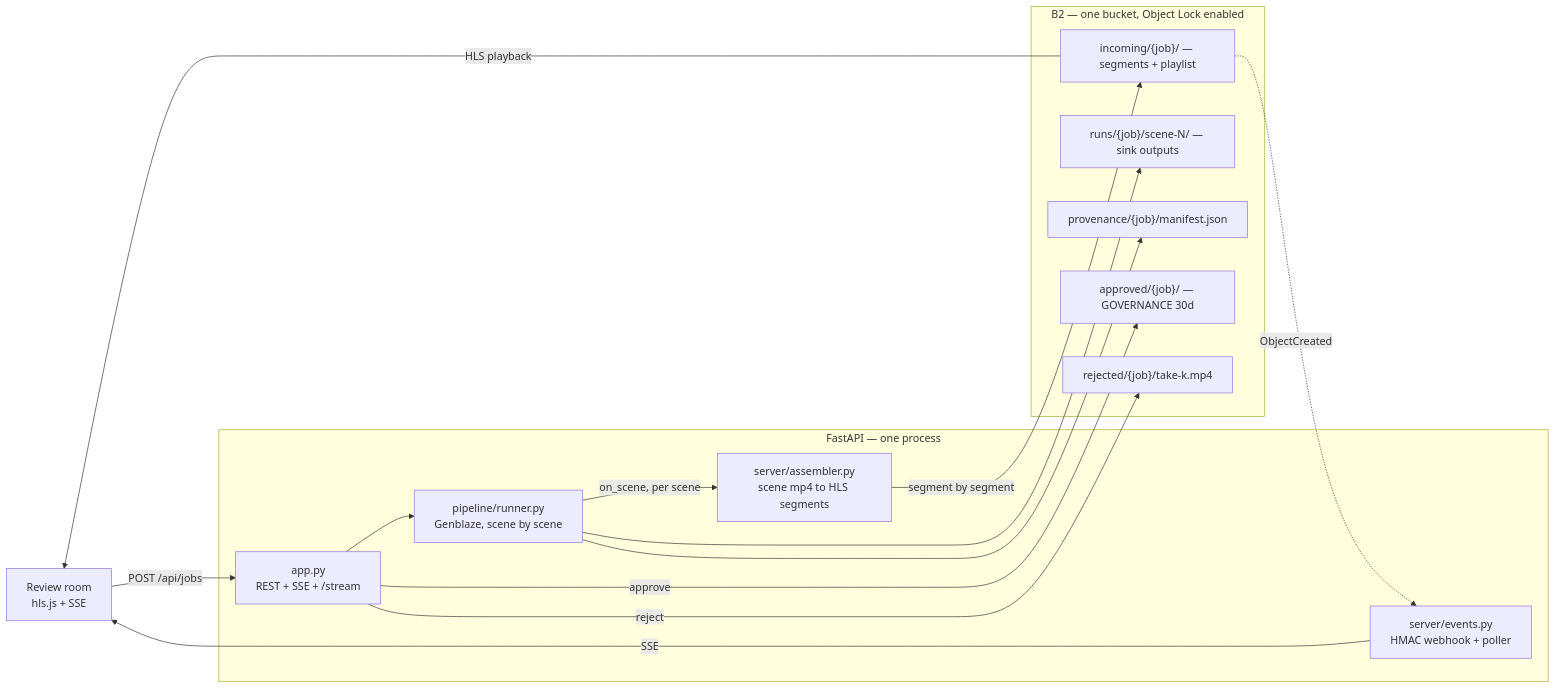
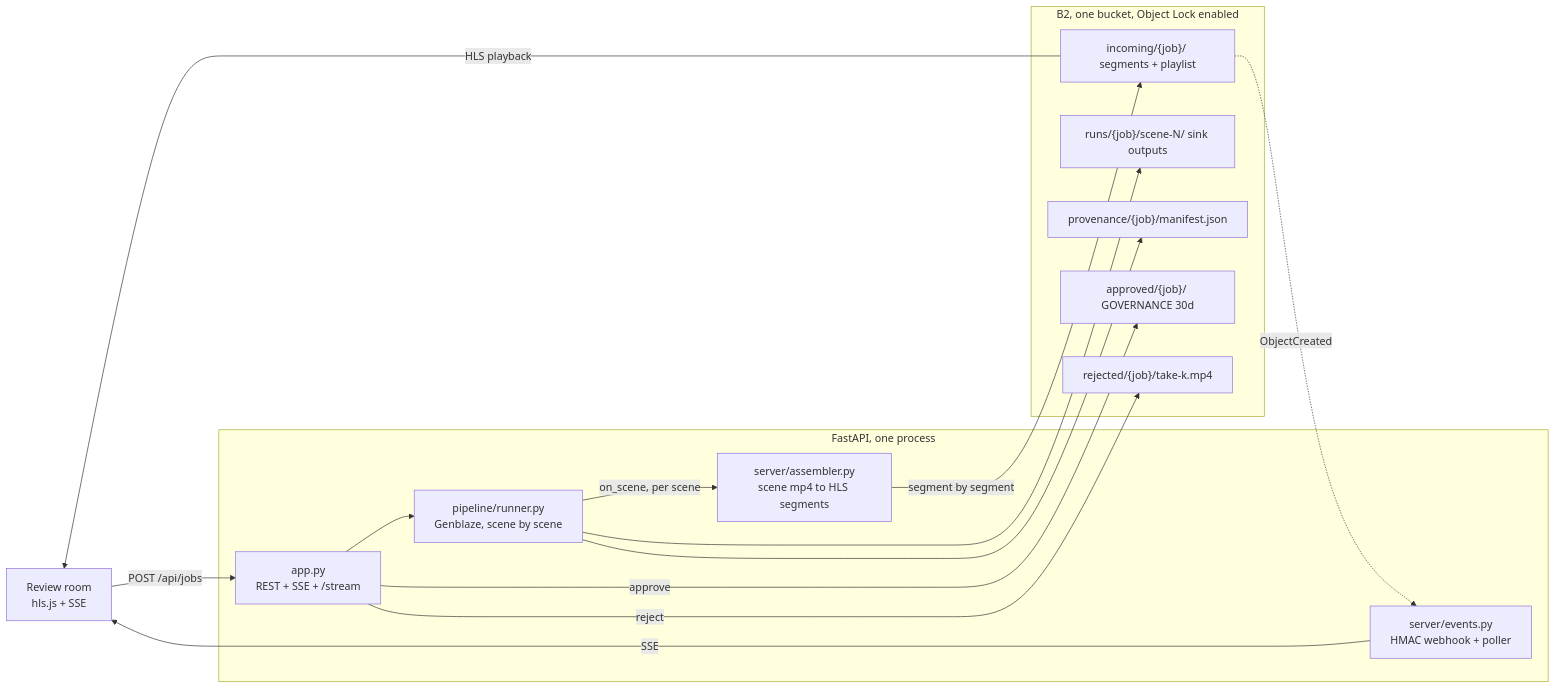
The diagram in README.md (migarci2/firstframe), drawn with Mermaid before and after one commit. The commit also changed other lines of this file and 29 other files, not shown here.

````diff
--- a/README.md
+++ b/README.md
@@ -57,28 +127,28 @@
 ```mermaid
 flowchart LR
     UI["Review room<br/>hls.js + SSE"]
 
-    subgraph Server["FastAPI — one process"]
+    subgraph Server["FastAPI, one process"]
         API["app.py<br/>REST + SSE + /stream"]
         RUN["pipeline/runner.py<br/>Genblaze, scene by scene"]
         ASM["server/assembler.py<br/>scene mp4 to HLS segments"]
         EV["server/events.py<br/>HMAC webhook + poller"]
     end
 
-    subgraph B2["B2 — one bucket, Object Lock enabled"]
-        INC["incoming/{job}/ — segments + playlist"]
-        RUNS["runs/{job}/scene-N/ — sink outputs"]
+    subgraph B2["B2, one bucket, Object Lock enabled"]
+        INC["incoming/{job}/ segments + playlist"]
+        RUNS["runs/{job}/scene-N/ sink outputs"]
         PROV["provenance/{job}/manifest.json"]
-        APP["approved/{job}/ — GOVERNANCE 30d"]
+        APP["approved/{job}/ GOVERNANCE 30d"]
         REJ["rejected/{job}/take-k.mp4"]
     end
 
     UI -->|POST /api/jobs| API --> RUN
     RUN -->|on_scene, per scene| ASM -->|segment by segment| INC
     RUN --> RUNS
     RUN --> PROV
     API -->|approve| APP
     API -->|reject| REJ
     INC -.->|ObjectCreated| EV -->|SSE| UI
     INC -->|HLS playback| UI
 ```
````
